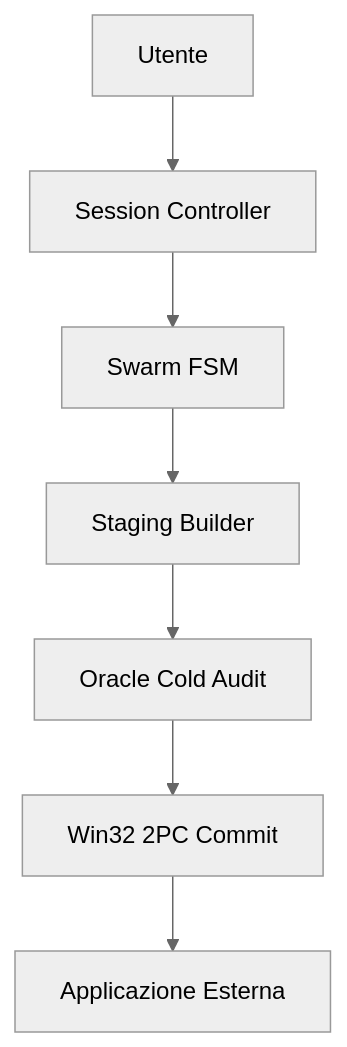
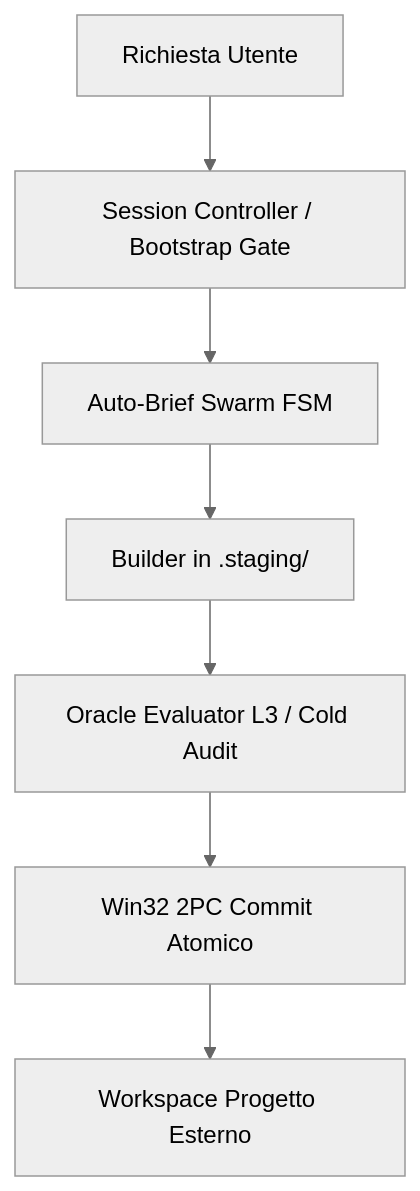
One commit to erbaldo86/NK-Hub changed the first of 2 diagrams in README.it.md. Above: the diagram before and after it, drawn with Mermaid (neutral theme). The commit also changed other lines of this file and 7 other files, not shown here.

````diff
--- a/README.it.md
+++ b/README.it.md
@@ -40,9 +66,9 @@
 ```mermaid
 graph TD
-    A[Utente] --> B[Session Controller]
-    B --> C[Swarm FSM]
-    C --> D[Staging Builder]
-    D --> E[Oracle Cold Audit]
-    E --> F[Win32 2PC Commit]
-    F --> G[Applicazione Esterna]
+    A[Richiesta Utente] --> B[Session Controller / Bootstrap Gate]
+    B --> C[Auto-Brief Swarm FSM]
+    C --> D[Builder in .staging/]
+    D --> E[Oracle Evaluator L3 / Cold Audit]
+    E --> F[Win32 2PC Commit Atomico]
+    F --> G[Workspace Progetto Esterno]
 ```
````
